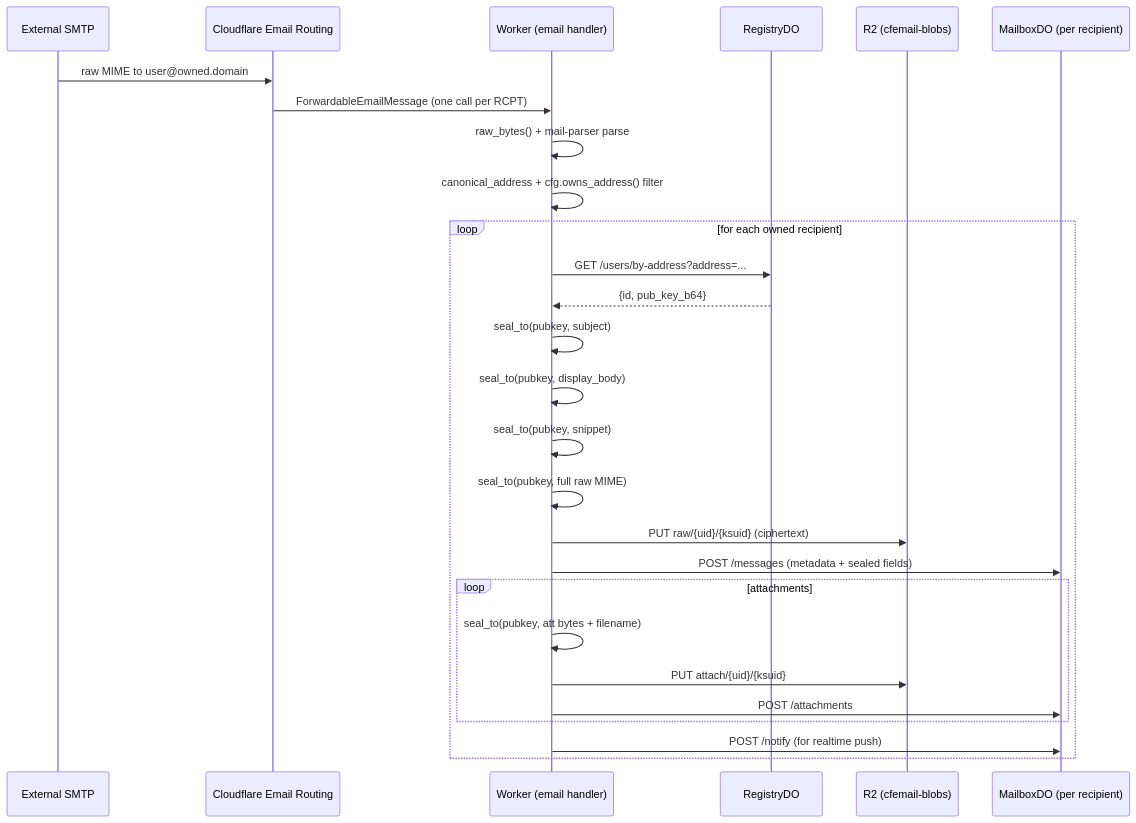
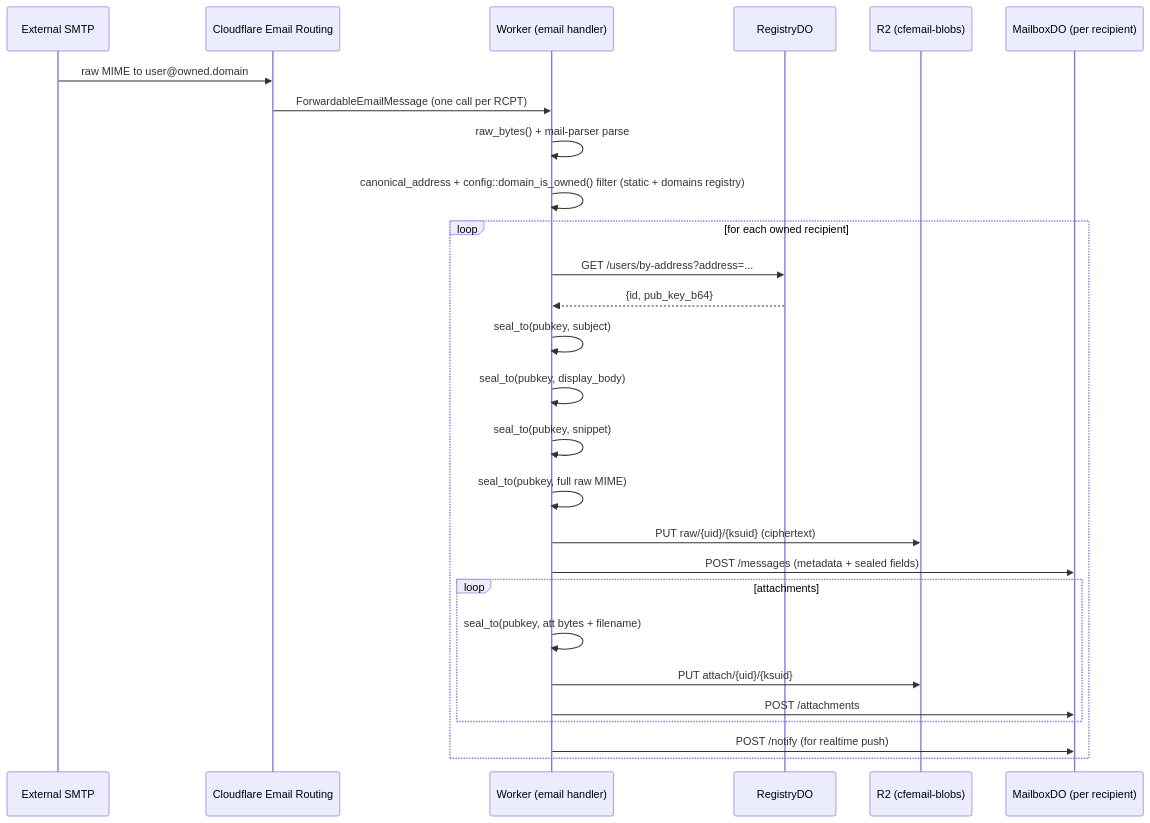
One commit to christopher-wong/cloudflare-email-rs changed the diagram in docs/worker.md. Above: the diagram before and after it, drawn with Mermaid. The commit also changed other lines of this file and 11 other files, not shown here.

````diff
--- a/docs/worker.md
+++ b/docs/worker.md
@@ -95,30 +111,30 @@
 ```mermaid
 sequenceDiagram
     participant S as External SMTP
     participant C as Cloudflare Email Routing
     participant W as Worker (email handler)
     participant R as RegistryDO
     participant B as R2 (cfemail-blobs)
     participant M as MailboxDO (per recipient)
 
     S->>C: raw MIME to user@owned.domain
     C->>W: ForwardableEmailMessage (one call per RCPT)
     W->>W: raw_bytes() + mail-parser parse
-    W->>W: canonical_address + cfg.owns_address() filter
+    W->>W: canonical_address + config::domain_is_owned() filter (static + domains registry)
     loop for each owned recipient
         W->>R: GET /users/by-address?address=...
         R-->>W: {id, pub_key_b64}
         W->>W: seal_to(pubkey, subject)
         W->>W: seal_to(pubkey, display_body)
         W->>W: seal_to(pubkey, snippet)
         W->>W: seal_to(pubkey, full raw MIME)
         W->>B: PUT raw/{uid}/{ksuid}  (ciphertext)
         W->>M: POST /messages  (metadata + sealed fields)
         loop attachments
             W->>W: seal_to(pubkey, att bytes + filename)
             W->>B: PUT attach/{uid}/{ksuid}
             W->>M: POST /attachments
         end
         W->>M: POST /notify  (for realtime push)
     end
 ```
````
